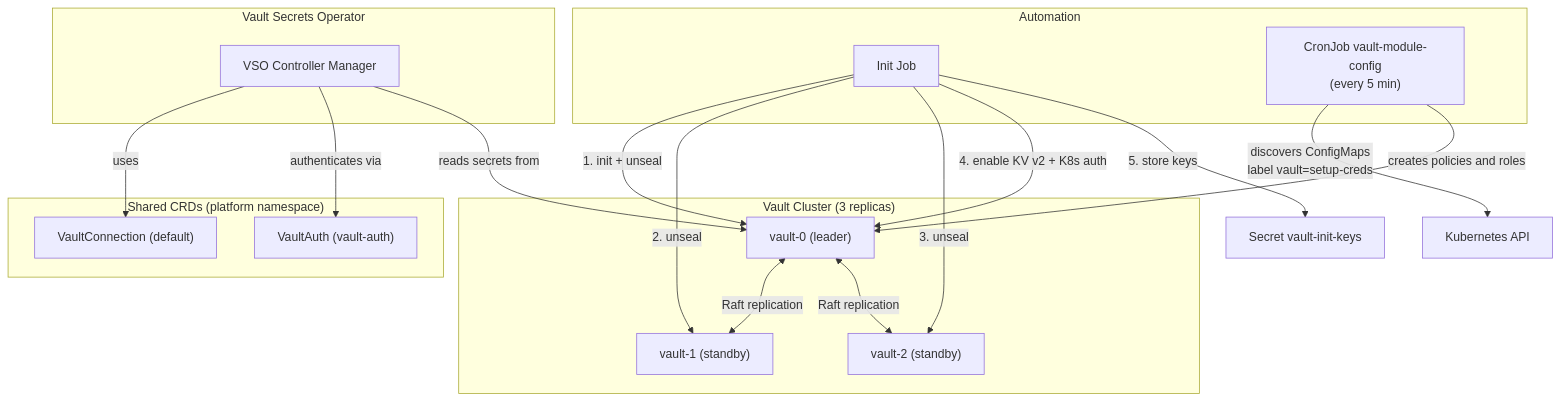
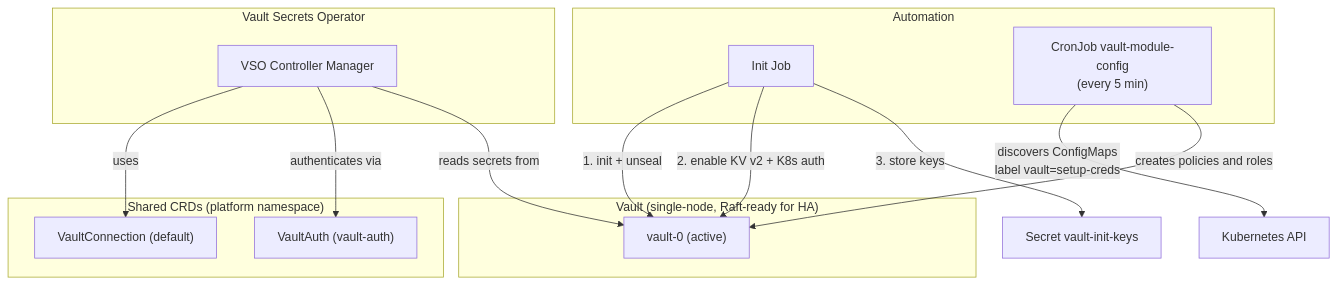
One commit to MarioAPGS/kuberse changed the diagram in platform/vault/docs/index.md. Above: the diagram before and after it, drawn with Mermaid. The commit also changed other lines of this file and 1 other file, not shown here.

Commit message:
fix: update Vault configuration to deploy a single-node instance instead of a 3-replica cluster

````diff
--- a/platform/vault/docs/index.md
+++ b/platform/vault/docs/index.md
@@ -19,38 +19,31 @@
 ```mermaid
 graph TB
-    subgraph "Vault Cluster (3 replicas)"
-        V0["vault-0 (leader)"]
-        V1["vault-1 (standby)"]
-        V2["vault-2 (standby)"]
+    subgraph "Vault (single-node, Raft-ready for HA)"
+        V0["vault-0 (active)"]
     end
 
     subgraph "Automation"
         INIT["Init Job"]
         CRON["CronJob vault-module-config<br/>(every 5 min)"]
     end
 
     subgraph "Vault Secrets Operator"
         VSO["VSO Controller Manager"]
     end
 
     subgraph "Shared CRDs (platform namespace)"
         VC["VaultConnection (default)"]
         VA["VaultAuth (vault-auth)"]
     end
 
     INIT -->|"1. init + unseal"| V0
-    INIT -->|"2. unseal"| V1
-    INIT -->|"3. unseal"| V2
-    INIT -->|"4. enable KV v2 + K8s auth"| V0
-    INIT -->|"5. store keys"| SEC["Secret vault-init-keys"]
+    INIT -->|"2. enable KV v2 + K8s auth"| V0
+    INIT -->|"3. store keys"| SEC["Secret vault-init-keys"]
 
     CRON -->|"discovers ConfigMaps<br/>label vault=setup-creds"| K8S["Kubernetes API"]
     CRON -->|"creates policies and roles"| V0
 
     VSO -->|uses| VC
     VSO -->|authenticates via| VA
     VSO -->|reads secrets from| V0
-
-    V0 <-->|"Raft replication"| V1
-    V0 <-->|"Raft replication"| V2
 ```
````
